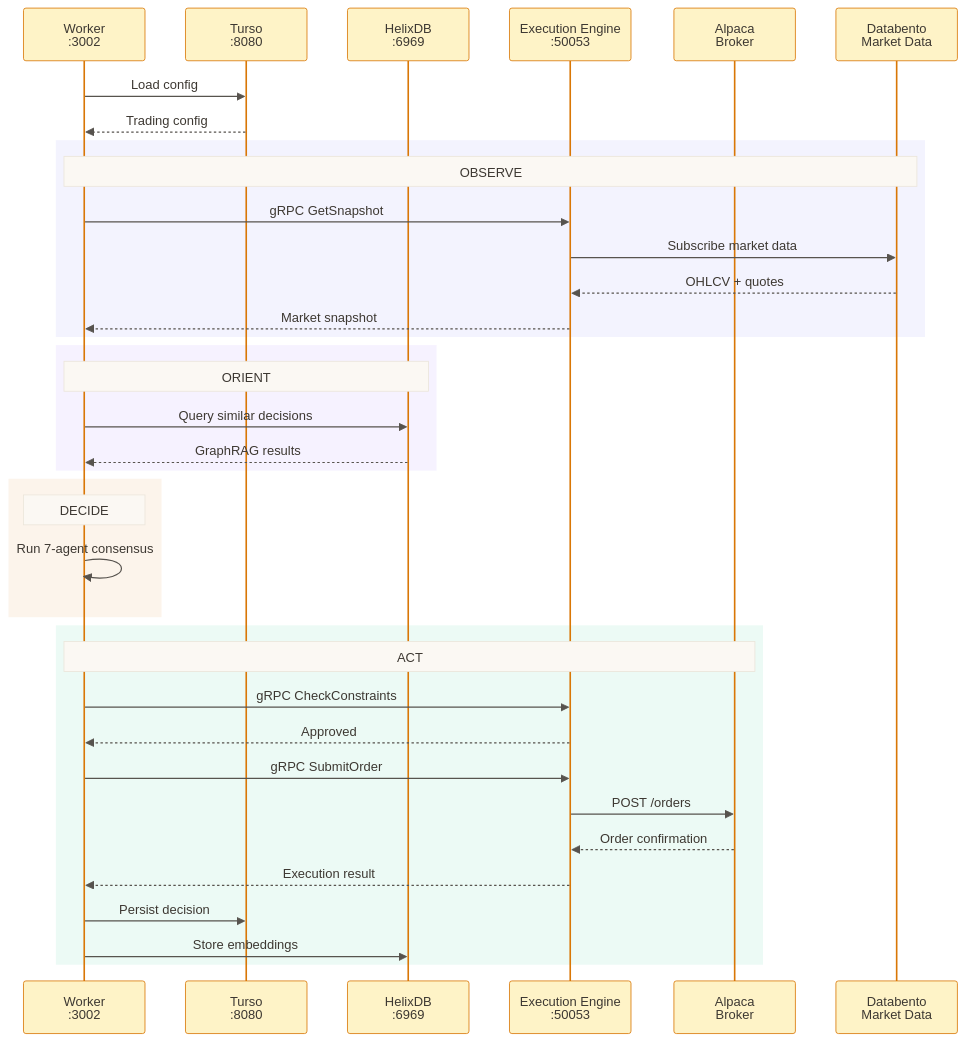
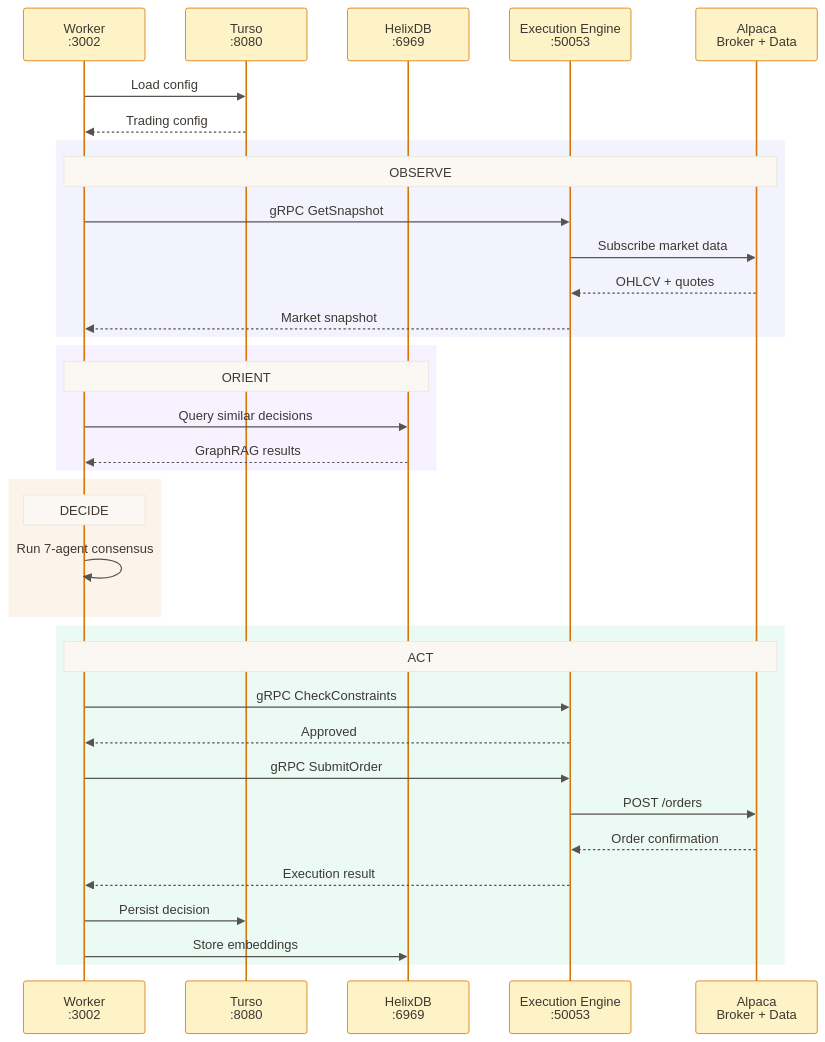
The third of 9 diagrams in ARCHITECTURE.md (ccheney/cream), drawn with Mermaid before and after one commit. The commit also changed other lines of this file and 32 other files, not shown here.

````diff
--- a/ARCHITECTURE.md
+++ b/ARCHITECTURE.md
@@ -112,44 +109,43 @@
 ```mermaid
 %%{init: {'theme': 'base', 'themeVariables': { 'primaryColor': '#FEF3C7', 'primaryTextColor': '#3D3832', 'lineColor': '#78716C', 'actorBkg': '#FEF3C7', 'actorBorder': '#D97706', 'actorTextColor': '#3D3832', 'activationBkgColor': '#F5F1EA', 'activationBorderColor': '#D97706', 'signalColor': '#57534E', 'signalTextColor': '#3D3832', 'noteBkgColor': '#FBF8F3', 'noteBorderColor': '#EBE5DA', 'noteTextColor': '#3D3832'}}}%%
 sequenceDiagram
     participant W as Worker<br/>:3002
     participant T as Turso<br/>:8080
     participant H as HelixDB<br/>:6969
     participant E as Execution Engine<br/>:50053
-    participant B as Alpaca<br/>Broker
-    participant M as Databento<br/>Market Data
+    participant B as Alpaca<br/>Broker + Data
 
     W->>T: Load config
     T-->>W: Trading config
 
     rect rgba(99, 102, 241, 0.08)
-        Note over W,M: OBSERVE
+        Note over W,B: OBSERVE
         W->>E: gRPC GetSnapshot
-        E->>M: Subscribe market data
-        M-->>E: OHLCV + quotes
+        E->>B: Subscribe market data
+        B-->>E: OHLCV + quotes
         E-->>W: Market snapshot
     end
 
     rect rgba(139, 92, 246, 0.08)
         Note over W,H: ORIENT
         W->>H: Query similar decisions
         H-->>W: GraphRAG results
     end
 
     rect rgba(217, 119, 6, 0.08)
         Note over W: DECIDE
         W->>W: Run 7-agent consensus
     end
 
     rect rgba(16, 185, 129, 0.08)
         Note over W,B: ACT
         W->>E: gRPC CheckConstraints
         E-->>W: Approved
         W->>E: gRPC SubmitOrder
         E->>B: POST /orders
         B-->>E: Order confirmation
         E-->>W: Execution result
         W->>T: Persist decision
         W->>H: Store embeddings
     end
 ```
````
